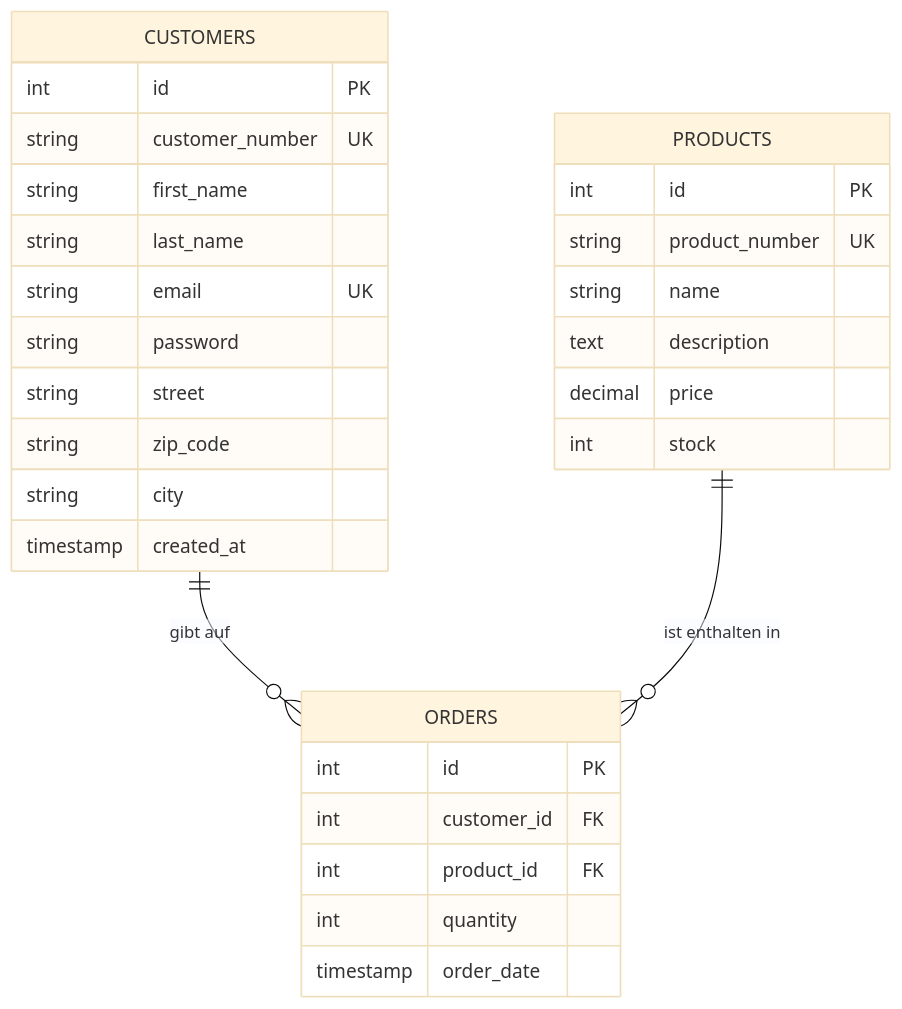
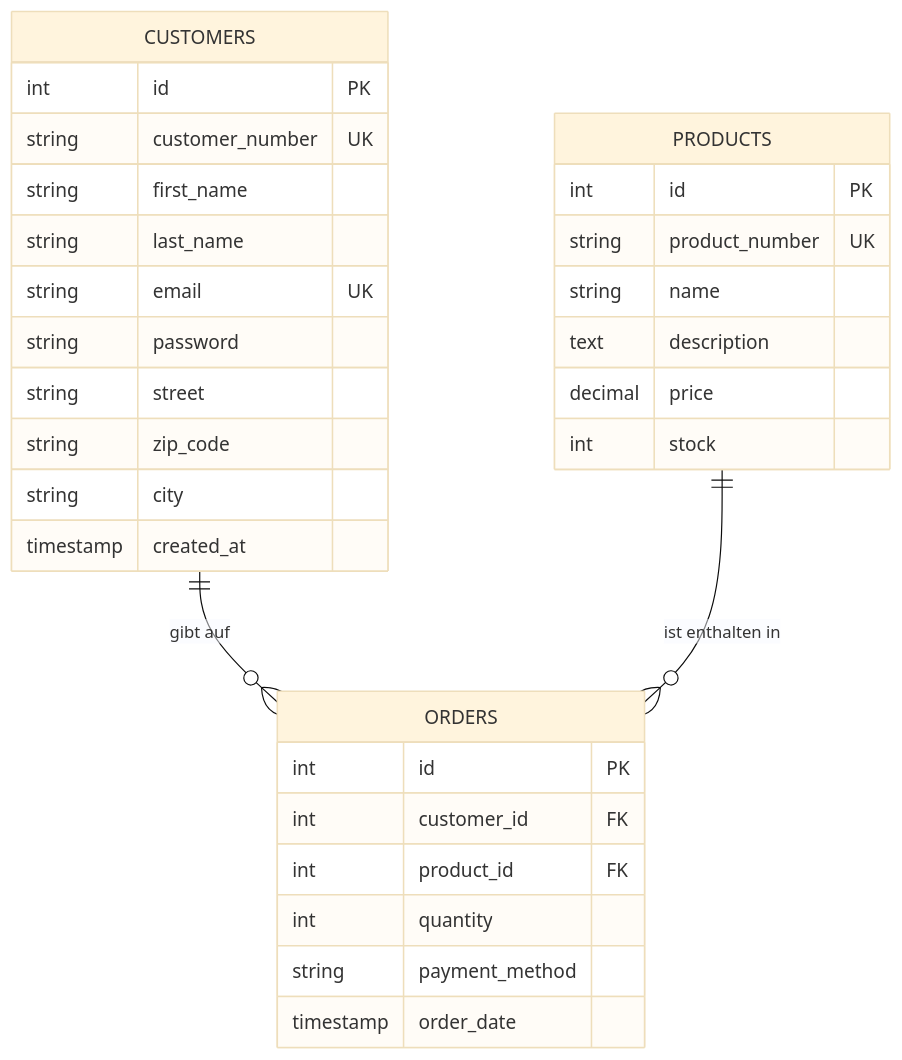
The first of 2 diagrams in DOKUMENTATION.md (Schwabenviertel/beseshop), drawn with Mermaid (base theme) before and after one commit. The commit also changed other lines of this file and 13 other files, not shown here.

````diff
--- a/DOKUMENTATION.md
+++ b/DOKUMENTATION.md
@@ -76,35 +94,36 @@
 ```mermaid
 erDiagram
     CUSTOMERS ||--o{ ORDERS : "gibt auf"
     PRODUCTS ||--o{ ORDERS : "ist enthalten in"
     
     CUSTOMERS {
         int id PK
         string customer_number UK
         string first_name
         string last_name
         string email UK
         string password
         string street
         string zip_code
         string city
         timestamp created_at
     }
     
     PRODUCTS {
         int id PK
         string product_number UK
         string name
         text description
         decimal price
         int stock
     }
     
     ORDERS {
         int id PK
         int customer_id FK
         int product_id FK
         int quantity
+        string payment_method
         timestamp order_date
     }
 ```
````
